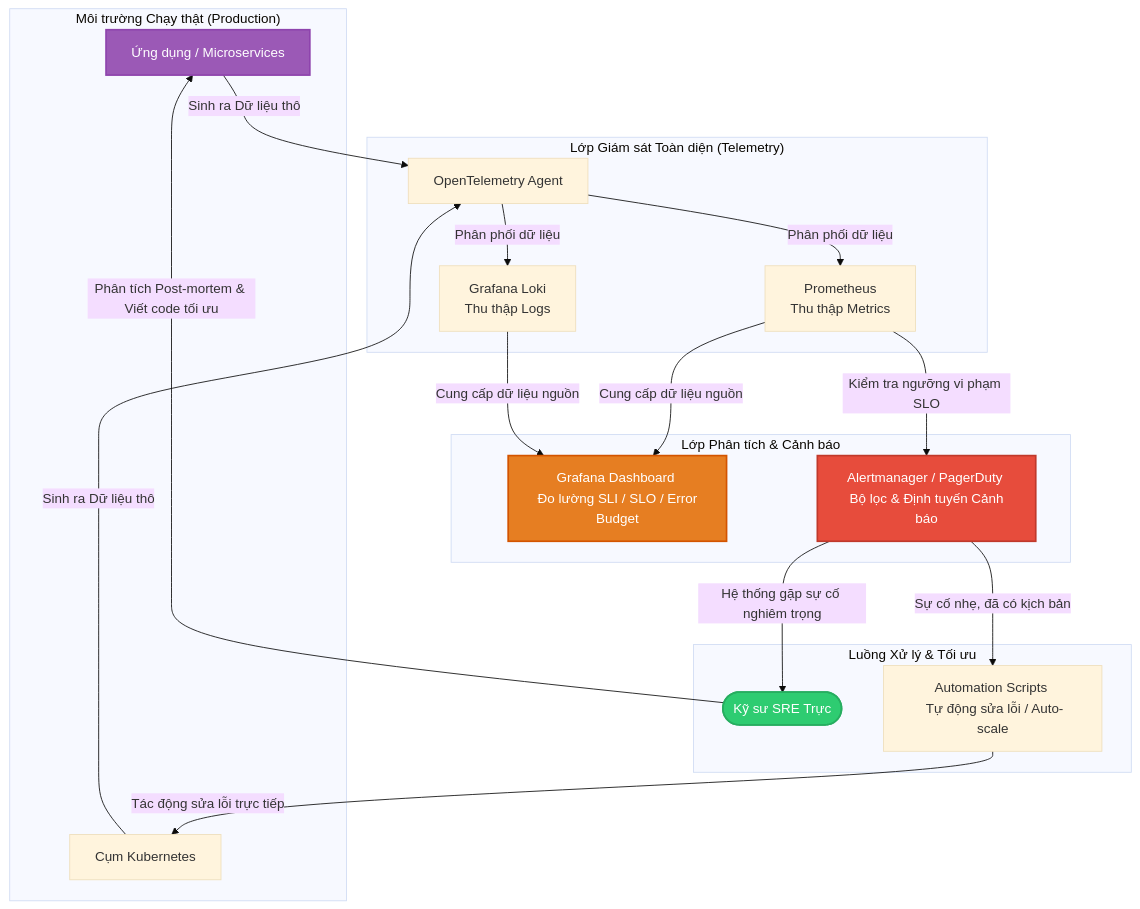
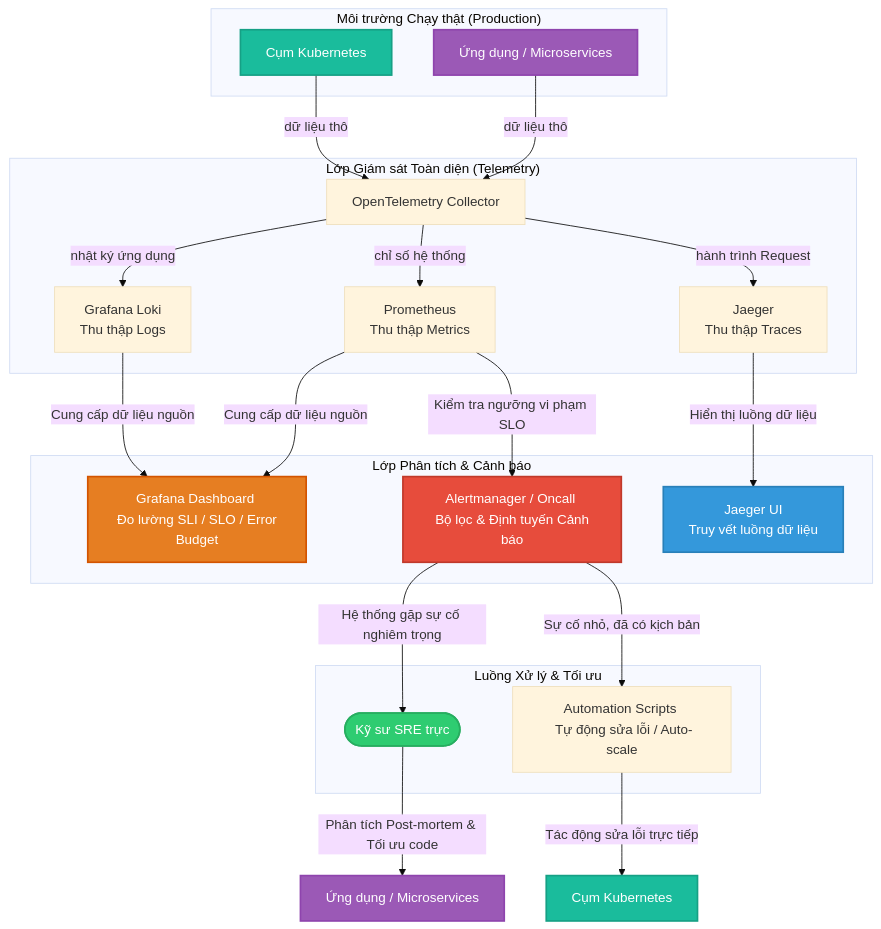
The first of 4 diagrams in note.md (hinorashi/homecommer), drawn with Mermaid (base theme) before and after one commit. The commit also changed other lines of this file, not shown here.

Commit message:
[SRE] Technology Catalog, kiến trúc SSO

````diff
--- a/note.md
+++ b/note.md
@@ -66,44 +106,53 @@
 ```mermaid
 graph TD
     %% Môi trường phát sinh dữ liệu
     subgraph Production_Env ["Môi trường Chạy thật (Production)"]
         App[Ứng dụng / Microservices]
         K8s_Cluster[Cụm Kubernetes]
     end
 
     %% Lớp thu thập dữ liệu giám sát
     subgraph Observability_Stack ["Lớp Giám sát Toàn diện (Telemetry)"]
-        Otel[OpenTelemetry Agent]
+        Otel[OpenTelemetry Collector]
         Prom[Prometheus <br> Thu thập Metrics]
         Loki[Grafana Loki <br> Thu thập Logs]
+        Jaeger[Jaeger <br> Thu thập Traces]
     end
 
-    App & K8s_Cluster -->|Sinh ra Dữ liệu thô| Otel
-    Otel -->|Phân phối dữ liệu| Prom & Loki
+    App & K8s_Cluster -->|dữ liệu thô| Otel
+    Otel -->|chỉ số hệ thống| Prom
+    Otel -->|nhật ký ứng dụng| Loki
+    Otel -->|hành trình Request| Jaeger
 
     %% Lớp phân tích và hiển thị
     subgraph Analysis_Alerting ["Lớp Phân tích & Cảnh báo"]
         Grafana[Grafana Dashboard <br> Đo lường SLI / SLO / Error Budget]
-        AlertManager[Alertmanager / PagerDuty <br> Bộ lọc & Định tuyến Cảnh báo]
+        AlertManager[Alertmanager / Oncall <br> Bộ lọc & Định tuyến Cảnh báo]
+        JaegerUI[Jaeger UI <br> Truy vết luồng dữ liệu]
     end
 
     Prom & Loki -->|Cung cấp dữ liệu nguồn| Grafana
     Prom -->|Kiểm tra ngưỡng vi phạm SLO| AlertManager
+    Jaeger -->|Hiển thị luồng dữ liệu| JaegerUI
 
     %% Lớp phản hồi và xử lý sự cố
     subgraph Response_Action ["Luồng Xử lý & Tối ưu"]
-        SRE_OnCall([Kỹ sư SRE Trực])
+        SRE_OnCall([Kỹ sư SRE trực])
         Runbook[Automation Scripts <br> Tự động sửa lỗi / Auto-scale]
     end
 
     AlertManager -->|Hệ thống gặp sự cố nghiêm trọng| SRE_OnCall
-    AlertManager -->|Sự cố nhẹ, đã có kịch bản| Runbook
-    Runbook -->|Tác động sửa lỗi trực tiếp| K8s_Cluster
-    SRE_OnCall -->|Phân tích Post-mortem & Viết code tối ưu| App
+    AlertManager -->|Sự cố nhỏ, đã có kịch bản| Runbook
+    Runbook -->|Tác động sửa lỗi trực tiếp| K8s_Cluster_origin[Cụm Kubernetes]
+    SRE_OnCall -->|Phân tích Post-mortem & Tối ưu code| App_origin[Ứng dụng / Microservices]
 
     %% Định dạng màu sắc
-    style App fill:#9b59b6,stroke:#8e44ad,stroke-width:2px,color:#fff
+    classDef purple fill:#9b59b6,stroke:#8e44ad,stroke-width:2px,color:#fff;
+    classDef teal fill:#1abc9c,stroke:#16a085,stroke-width:2px,color:#fff;
+    class App,App_origin purple;
+    class K8s_Cluster,K8s_Cluster_origin teal;
     style Grafana fill:#e67e22,stroke:#d35400,stroke-width:2px,color:#fff
     style AlertManager fill:#e74c3c,stroke:#c0392b,stroke-width:2px,color:#fff
     style SRE_OnCall fill:#2ecc71,stroke:#27ae60,stroke-width:2px,color:#fff
+    style JaegerUI fill:#3498db,stroke:#2980b9,stroke-width:2px,color:#fff
 ```
````
